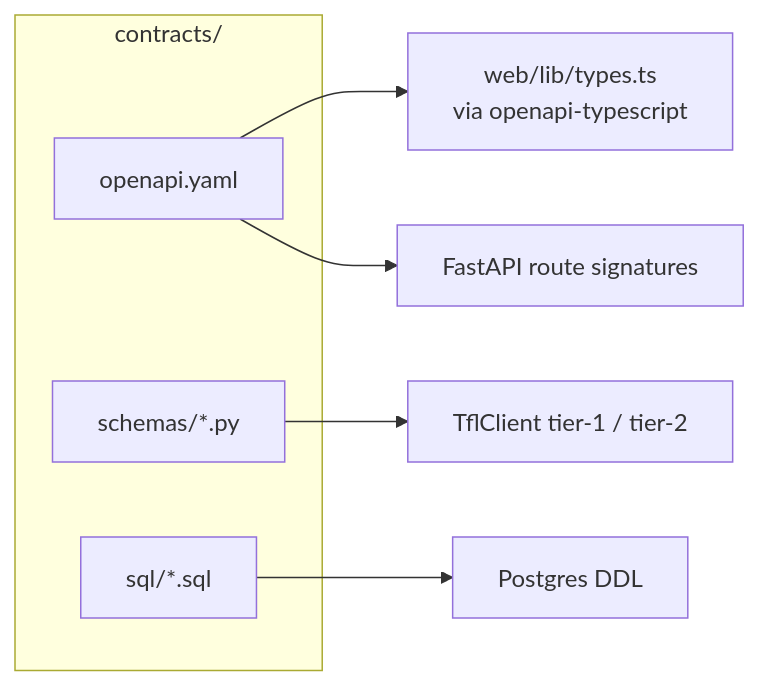
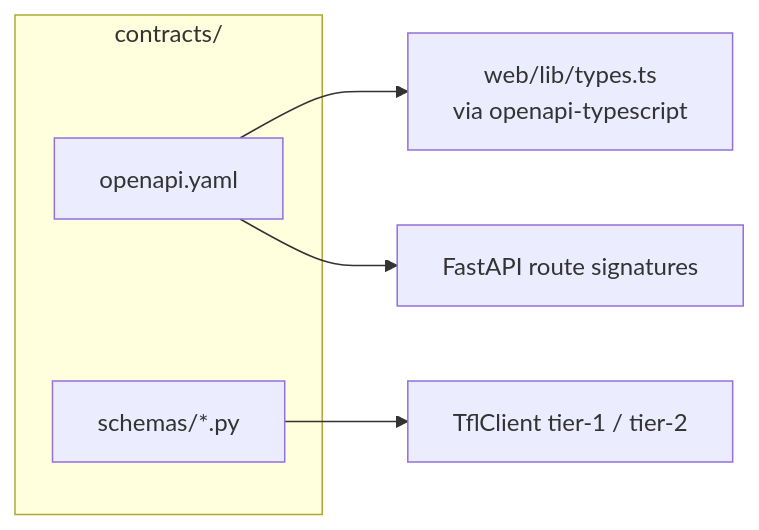
The fourth of 4 diagrams in docs/architecture.md (hcslomeu/tfl-monitor), drawn with Mermaid before and after one commit. The commit also changed other lines of this file and 140 other files, not shown here.

````diff
--- a/docs/architecture.md
+++ b/docs/architecture.md
@@ -140,13 +124,11 @@
 ```mermaid
 graph LR
     subgraph C[contracts/]
       OAPI[openapi.yaml]
       PYD[schemas/*.py]
-      SQL[sql/*.sql]
     end
 
     OAPI --> WEB[web/lib/types.ts<br/>via openapi-typescript]
     OAPI --> API[FastAPI route signatures]
     PYD --> CLIENT[TflClient tier-1 / tier-2]
-    SQL --> PG[Postgres DDL]
 ```
````
